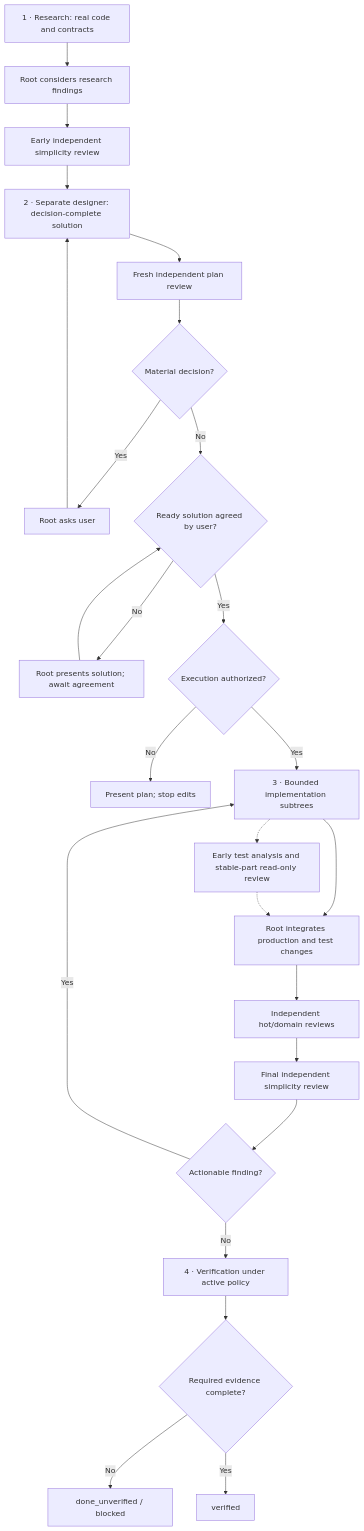
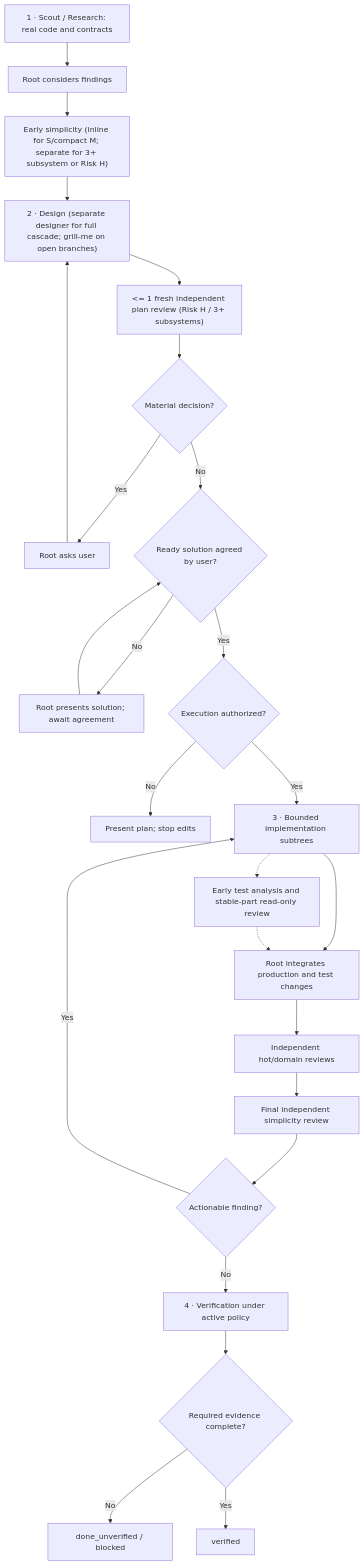
The third of 4 diagrams in skills/blazing-market/references/delegation-and-review.md (be0hhh/blazing-market), drawn with Mermaid before and after one commit. The commit also changed other lines of this file and 5 other files, not shown here.

Commit message:
Release Blazing Market v8: direct-first S/M, context_scout, grill-me/boost, integer division audit, and portable anti-stall

````diff
--- a/skills/blazing-market/references/delegation-and-review.md
+++ b/skills/blazing-market/references/delegation-and-review.md
@@ -132,27 +99,27 @@
 ```mermaid
 flowchart TD
-    A["1 · Research: real code and contracts"] --> ROOT["Root considers research findings"]
-    ROOT --> EARLY["Early independent simplicity review"]
-    EARLY --> B["2 · Separate designer: decision-complete solution"]
-    B --> P["Fresh independent plan review"]
+    A["1 · Scout / Research: real code and contracts"] --> ROOT["Root considers findings"]
+    ROOT --> EARLY["Early simplicity (inline for S/compact M; separate for 3+ subsystem or Risk H)"]
+    EARLY --> B["2 · Design (separate designer for full cascade; grill-me on open branches)"]
+    B --> P["<= 1 fresh independent plan review (Risk H / 3+ subsystems)"]
     P --> Q{"Material decision?"}
     Q -->|Yes| U["Root asks user"]
     U --> B
     Q -->|No| AG{"Ready solution agreed by user?"}
     AG -->|No| PLAN["Root presents solution; await agreement"]
     PLAN --> AG
     AG -->|Yes| G{"Execution authorized?"}
     G -->|No| STOP["Present plan; stop edits"]
     G -->|Yes| C["3 · Bounded implementation subtrees"]
     C --> I["Root integrates production and test changes"]
     C -.-> TA["Early test analysis and stable-part read-only review"]
     TA -.-> I
     I --> R["Independent hot/domain reviews"]
     R --> SIMPLE["Final independent simplicity review"]
     SIMPLE --> F{"Actionable finding?"}
     F -->|Yes| C
     F -->|No| T["4 · Verification under active policy"]
     T --> E{"Required evidence complete?"}
     E -->|No| N["done_unverified / blocked"]
     E -->|Yes| Z["verified"]
 ```
````
